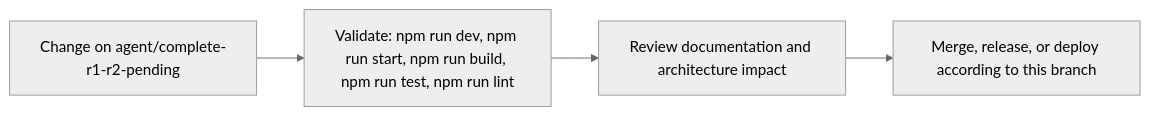
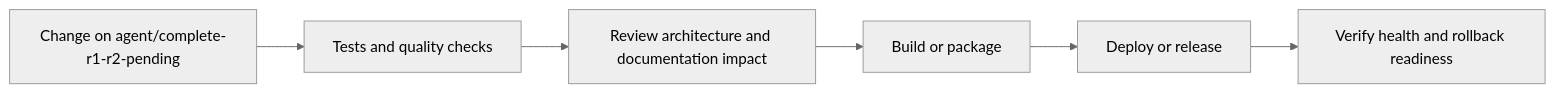
One commit to Nischhalsubba/BindForge-NW changed the fifth of 6 diagrams in README.md. Above: the diagram before and after it, drawn with Mermaid (neutral theme). The commit also changed other lines of this file, not shown here.

````diff
--- a/README.md
+++ b/README.md
@@ -86,8 +182,8 @@
 ```mermaid
 flowchart LR
-    CHANGE["Change on agent/complete-r1-r2-pending"]
-    CHECK["Validate: npm run dev, npm run start, npm run build, npm run test, npm run lint"]
-    REVIEW["Review documentation and architecture impact"]
-    RELEASE["Merge, release, or deploy according to this branch"]
-    CHANGE --> CHECK --> REVIEW --> RELEASE
+    CHANGE["Change on agent/complete-r1-r2-pending"] --> CHECK["Tests and quality checks"]
+    CHECK --> REVIEW["Review architecture and documentation impact"]
+    REVIEW --> BUILD["Build or package"]
+    BUILD --> DEPLOY["Deploy or release"]
+    DEPLOY --> VERIFY["Verify health and rollback readiness"]
 ```
````
